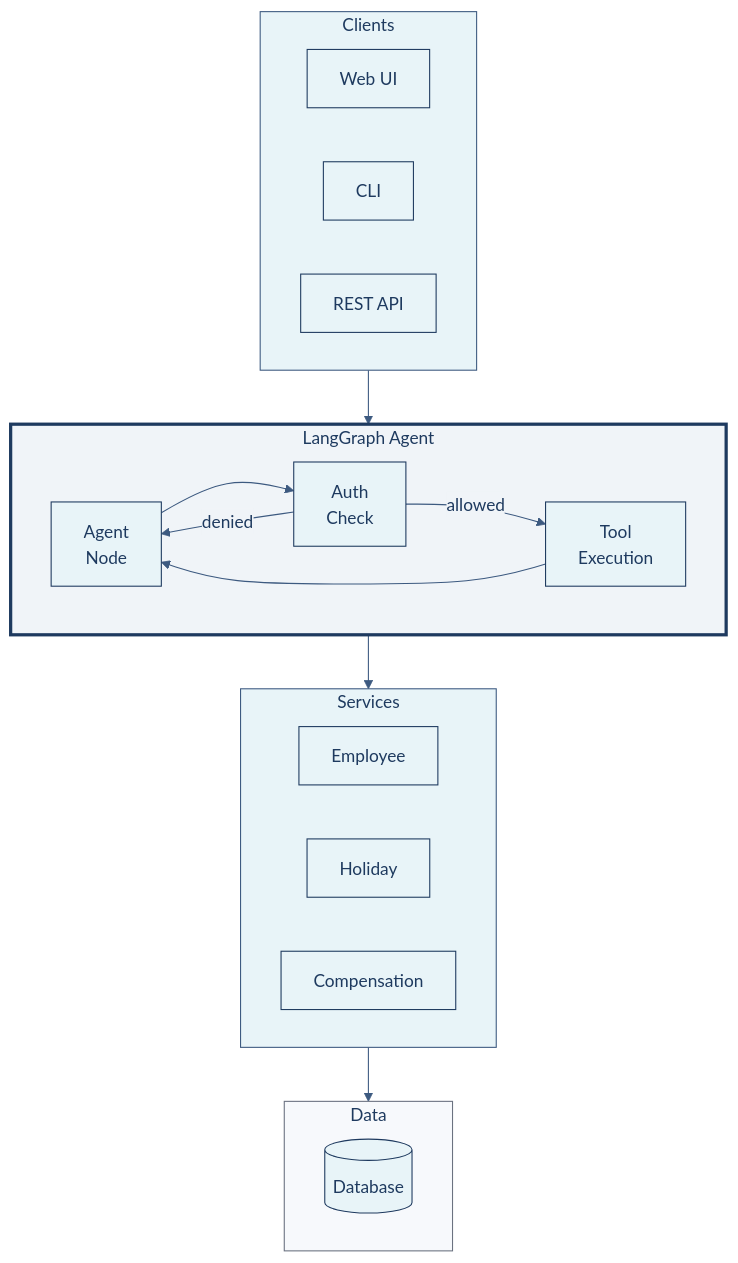
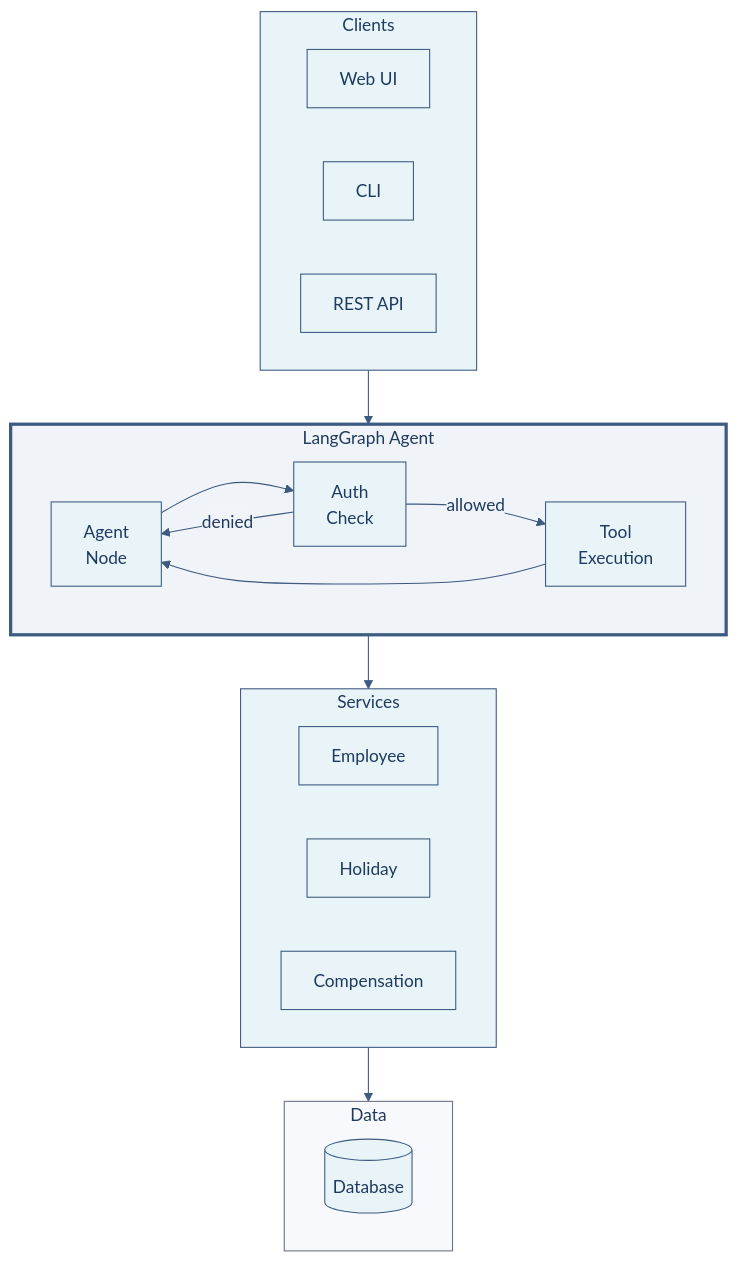
Before and after one commit to ruthvik-jeev/hr-agent: the first of 3 diagrams in README.md, drawn with Mermaid. The commit also changed other lines of this file and 2 other files, not shown here.

Commit message:
fix: use light backgrounds for all diagram nodes and improve contrast
- Changed primaryColor from dark navy to light blue (#e8f4f8) for readable node backgrounds
- Added mainBkg, nodeBkg, clusterBkg with light colors to ensure no dark backgrounds
- Changed all primaryBorderColor from dark (#1e3a5f) to medium (#3d5a80) for better visibility
- Updated pie chart with lighter slice colors and white text on pie segments
- Added composite state background colors for state diagrams
- Fixed sequence number colors to be visible
- All text now uses dark colors on light backgrounds for maximum readability

````diff
--- a/README.md
+++ b/README.md
@@ -52,38 +52,38 @@
 ```mermaid
-%%{init: {'theme': 'base', 'themeVariables': { 'primaryColor': '#e8f4f8', 'primaryTextColor': '#1e3a5f', 'primaryBorderColor': '#1e3a5f', 'lineColor': '#3d5a80', 'secondaryColor': '#f0f4f8', 'tertiaryColor': '#f7f9fc', 'nodeTextColor': '#1e3a5f', 'textColor': '#1e3a5f'}}}%%
+%%{init: {'theme': 'base', 'themeVariables': { 'primaryColor': '#e8f4f8', 'primaryTextColor': '#1e3a5f', 'primaryBorderColor': '#3d5a80', 'lineColor': '#3d5a80', 'secondaryColor': '#f0f4f8', 'tertiaryColor': '#f7f9fc', 'nodeTextColor': '#1e3a5f', 'textColor': '#1e3a5f', 'mainBkg': '#e8f4f8', 'nodeBkg': '#e8f4f8', 'clusterBkg': '#f7f9fc'}}}%%
 
 flowchart TB
     subgraph CLIENT["Clients"]
         WEB["Web UI"]
         CLI["CLI"]
         API["REST API"]
     end
     
     subgraph AGENT["LangGraph Agent"]
         direction LR
         LLM["Agent<br/>Node"] --> AUTH["Auth<br/>Check"]
         AUTH -->|allowed| TOOLS["Tool<br/>Execution"]
         AUTH -->|denied| LLM
         TOOLS --> LLM
     end
     
     subgraph SERVICES["Services"]
         direction LR
         S1["Employee"]
         S2["Holiday"]
         S3["Compensation"]
     end
     
     subgraph DATA["Data"]
         DB[("Database")]
     end
     
     CLIENT --> AGENT
     AGENT --> SERVICES
     SERVICES --> DATA
     
     style CLIENT fill:#e8f4f8,stroke:#3d5a80,color:#1e3a5f
-    style AGENT fill:#f0f4f8,stroke:#1e3a5f,stroke-width:3px,color:#1e3a5f
+    style AGENT fill:#f0f4f8,stroke:#3d5a80,stroke-width:3px,color:#1e3a5f
     style SERVICES fill:#e8f4f8,stroke:#3d5a80,color:#1e3a5f
     style DATA fill:#f7f9fc,stroke:#6b7280,color:#1e3a5f
 ```
````
